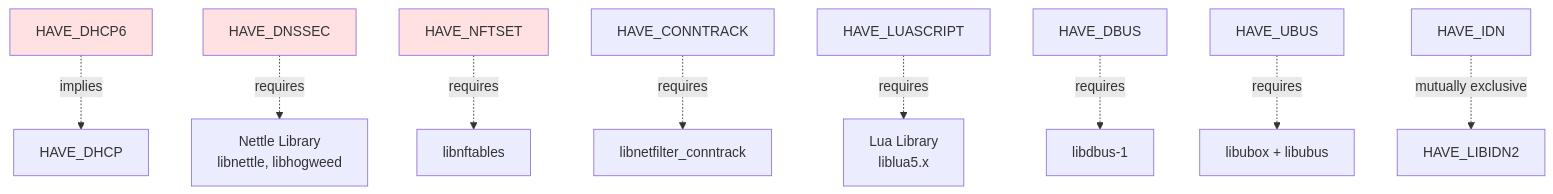
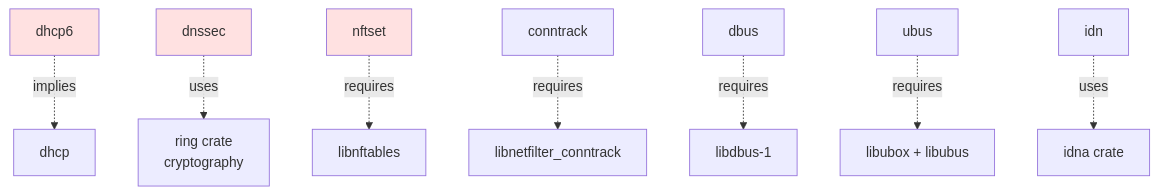
Before and after one commit to blitzy-public-samples/blitzy-dnsmasq: the third of 4 diagrams in docs/CONFIGURATION.md, drawn with Mermaid. The commit also changed other lines of this file, not shown here.

````diff
--- a/docs/CONFIGURATION.md
+++ b/docs/CONFIGURATION.md
@@ -453,15 +452,14 @@
 ```mermaid
 graph TB
-    DHCP6[HAVE_DHCP6] -.->|implies| DHCP[HAVE_DHCP]
-    DNSSEC[HAVE_DNSSEC] -.->|requires| Nettle[Nettle Library<br/>libnettle, libhogweed]
-    NFTSET[HAVE_NFTSET] -.->|requires| LibNFT[libnftables]
-    CONNTRACK[HAVE_CONNTRACK] -.->|requires| LibNFConn[libnetfilter_conntrack]
-    LUASCRIPT[HAVE_LUASCRIPT] -.->|requires| Lua[Lua Library<br/>liblua5.x]
-    DBUS[HAVE_DBUS] -.->|requires| LibDBus[libdbus-1]
-    UBUS[HAVE_UBUS] -.->|requires| UBusLibs[libubox + libubus]
-    IDN[HAVE_IDN] -.->|mutually exclusive| IDN2[HAVE_LIBIDN2]
+    DHCP6[dhcp6] -.->|implies| DHCP[dhcp]
+    DNSSEC[dnssec] -.->|uses| Ring[ring crate<br/>cryptography]
+    NFTSET[nftset] -.->|requires| LibNFT[libnftables]
+    CONNTRACK[conntrack] -.->|requires| LibNFConn[libnetfilter_conntrack]
+    DBUS[dbus] -.->|requires| LibDBus[libdbus-1]
+    UBUS[ubus] -.->|requires| UBusLibs[libubox + libubus]
+    IDN[idn] -.->|uses| IdnaCrate[idna crate]
     
     style DHCP6 fill:#ffe1e1
     style DNSSEC fill:#ffe1e1
     style NFTSET fill:#ffe1e1
 ```
````
